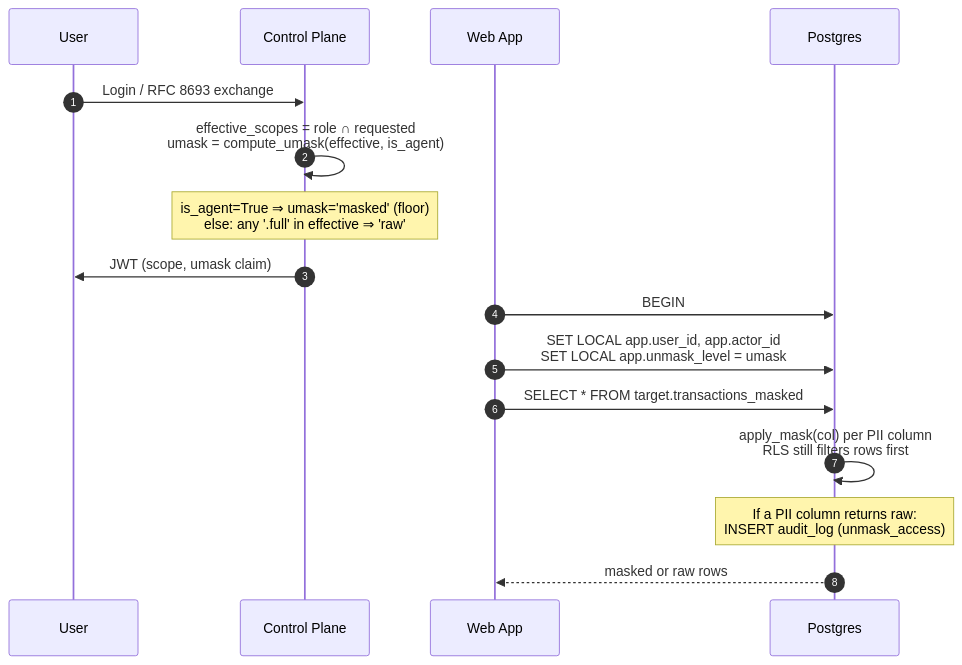
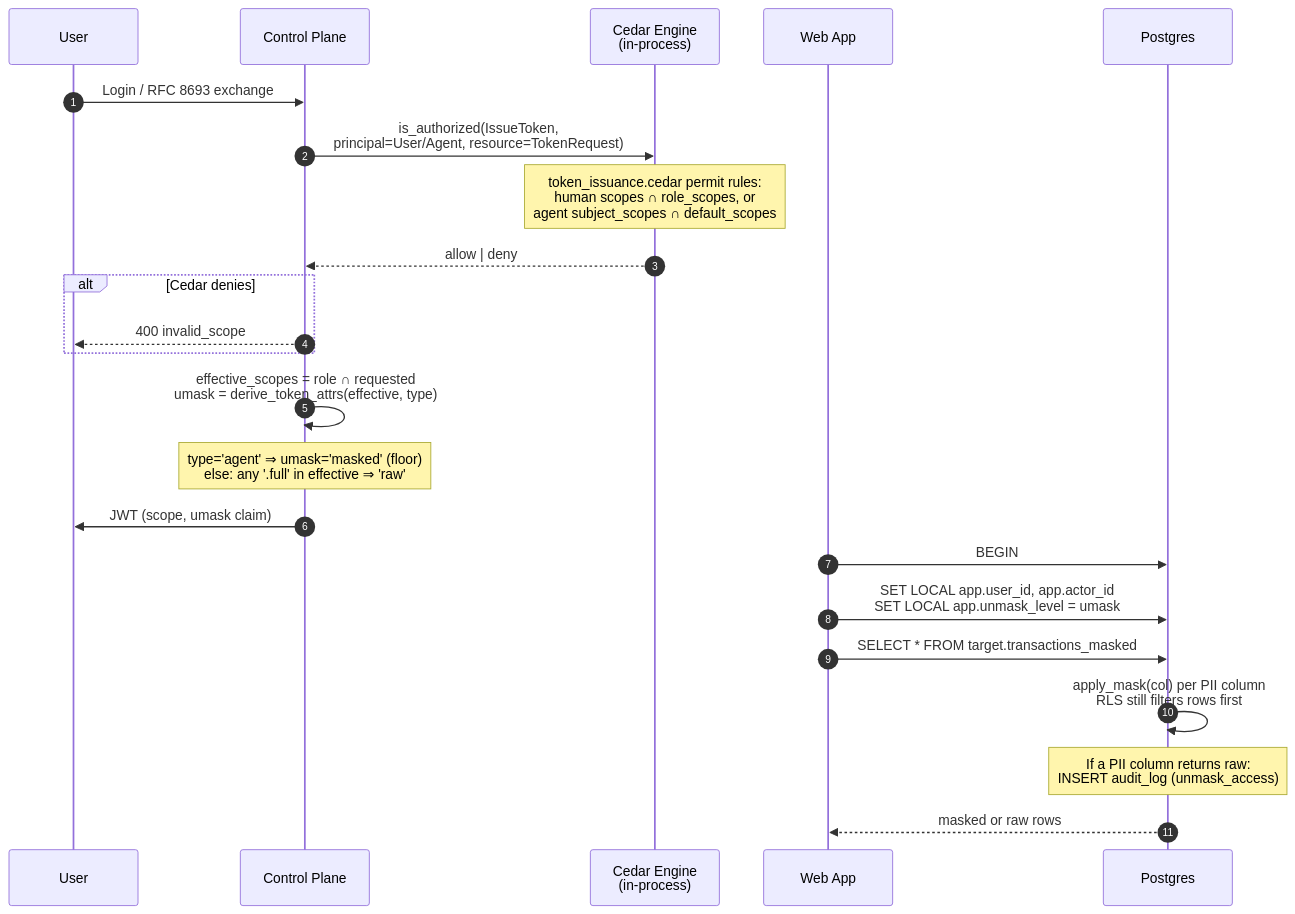
The first of 8 diagrams in docs/ARCHITECTURE.md (theRealMarkCastillo/identity-demo), drawn with Mermaid before and after one commit. The commit also changed other lines of this file and 22 other files, not shown here.

First line of the commit message:
Add Cedar policy engine for service-level authorization

````diff
--- a/docs/ARCHITECTURE.md
+++ b/docs/ARCHITECTURE.md
@@ -399,19 +399,26 @@
 ```mermaid
 sequenceDiagram
     autonumber
     participant U as User
     participant CP as Control Plane
+    participant CEDAR as Cedar Engine<br/>(in-process)
     participant WA as Web App
     participant DB as Postgres
 
     U->>CP: Login / RFC 8693 exchange
-    CP->>CP: effective_scopes = role ∩ requested<br/>umask = compute_umask(effective, is_agent)
-    Note over CP: is_agent=True ⇒ umask='masked' (floor)<br/>else: any '.full' in effective ⇒ 'raw'
+    CP->>CEDAR: is_authorized(IssueToken,<br/>principal=User/Agent, resource=TokenRequest)
+    Note over CEDAR: token_issuance.cedar permit rules:<br/>human scopes ∩ role_scopes, or<br/>agent subject_scopes ∩ default_scopes
+    CEDAR-->>CP: allow | deny
+    alt Cedar denies
+        CP-->>U: 400 invalid_scope
+    end
+    CP->>CP: effective_scopes = role ∩ requested<br/>umask = derive_token_attrs(effective, type)
+    Note over CP: type='agent' ⇒ umask='masked' (floor)<br/>else: any '.full' in effective ⇒ 'raw'
     CP->>U: JWT (scope, umask claim)
     WA->>DB: BEGIN
     WA->>DB: SET LOCAL app.user_id, app.actor_id<br/>SET LOCAL app.unmask_level = umask
     WA->>DB: SELECT * FROM target.transactions_masked
     DB->>DB: apply_mask(col) per PII column<br/>RLS still filters rows first
     Note over DB: If a PII column returns raw:<br/>INSERT audit_log (unmask_access)
     DB-->>WA: masked or raw rows
 ```
````
